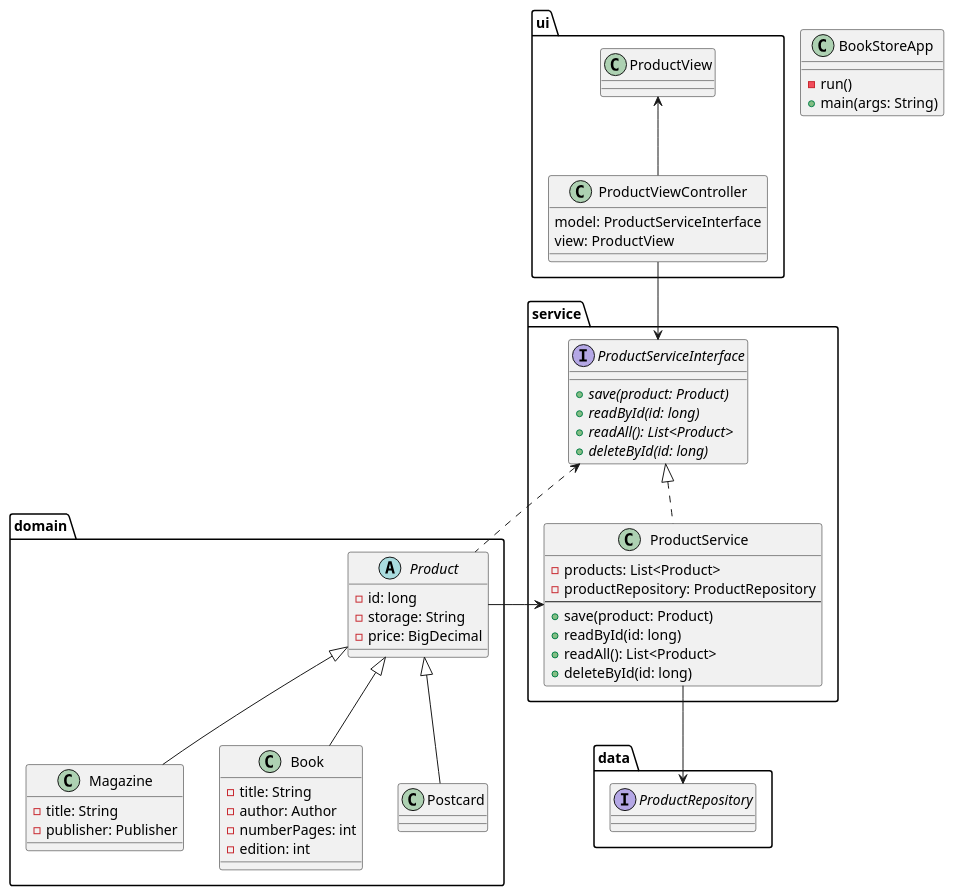
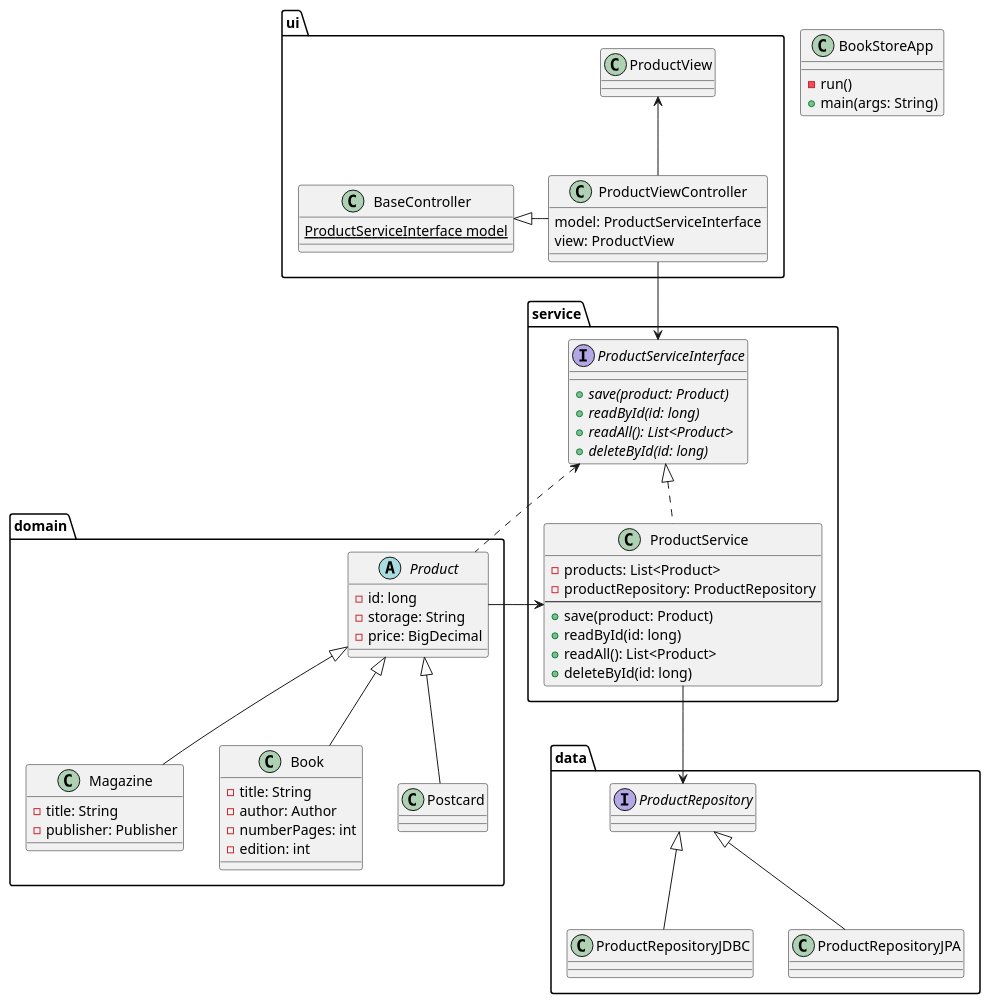
The diagram in u-oo-principles/src/main/bookstore.puml (jprie/mum_springboot), drawn with PlantUML before and after one commit. The commit also changed 9 other files, not shown here.

Commit message:
update uml diagrams (clean test diagrams)

```diff
--- a/u-oo-principles/src/main/bookstore.puml
+++ b/u-oo-principles/src/main/bookstore.puml
@@ -1,72 +1,85 @@
 @startuml
 'https://plantuml.com/class-diagram
 
 set separator ::
 class BookStoreApp {
     - run()
     + main(args: String)
 }
 
 
 abstract class domain::Product {
     - id: long
     - storage: String
     - price: BigDecimal
 }
 
 class domain::Magazine {
     - title: String
     - publisher: Publisher
 }
 
 class domain::Book {
     - title: String
     - author: Author
     - numberPages: int
     - edition: int
 
 }
 
 class domain::Postcard {
 
 }
 
 Product <|-- Book
 Product <|-- Magazine
 Product <|-- Postcard
 
 interface service::ProductServiceInterface {
     {abstract}+ save(product: Product)
     {abstract}+ readById(id: long)
     {abstract}+ readAll(): List<Product>
     {abstract}+ deleteById(id: long)
 }
 
 class service::ProductService {
     - products: List<Product>
     - productRepository: ProductRepository
     ---
     + save(product: Product)
     + readById(id: long)
     + readAll(): List<Product>
     + deleteById(id: long)
 }
 
 ProductServiceInterface <|.. ProductService
 ProductServiceInterface <.. Product
 ProductService <- Product
 
+class ui::BaseController {
+    {static} ProductServiceInterface model
+}
+
+
+
 class ui::ProductViewController {
     model: ProductServiceInterface
     view: ProductView
 }
 class ui::ProductView
 
+BaseController <|- ProductViewController
 ProductView <-- ProductViewController
 ProductViewController --> ProductServiceInterface
 
 interface data::ProductRepository
 
+class data::ProductRepositoryJDBC
+class data::ProductRepositoryJPA
+
 ProductService --> ProductRepository
 
+ProductRepository <|-- ProductRepositoryJDBC
+ProductRepository <|-- ProductRepositoryJPA
+
 @enduml
```
